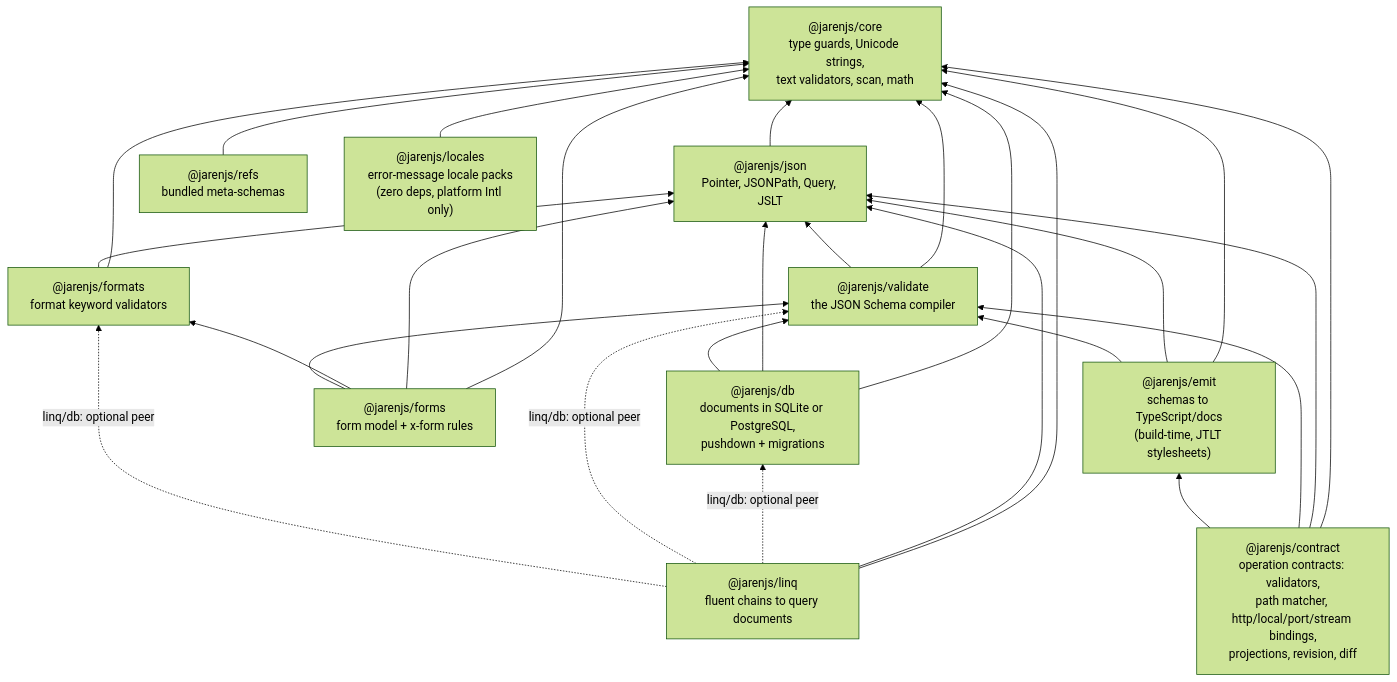
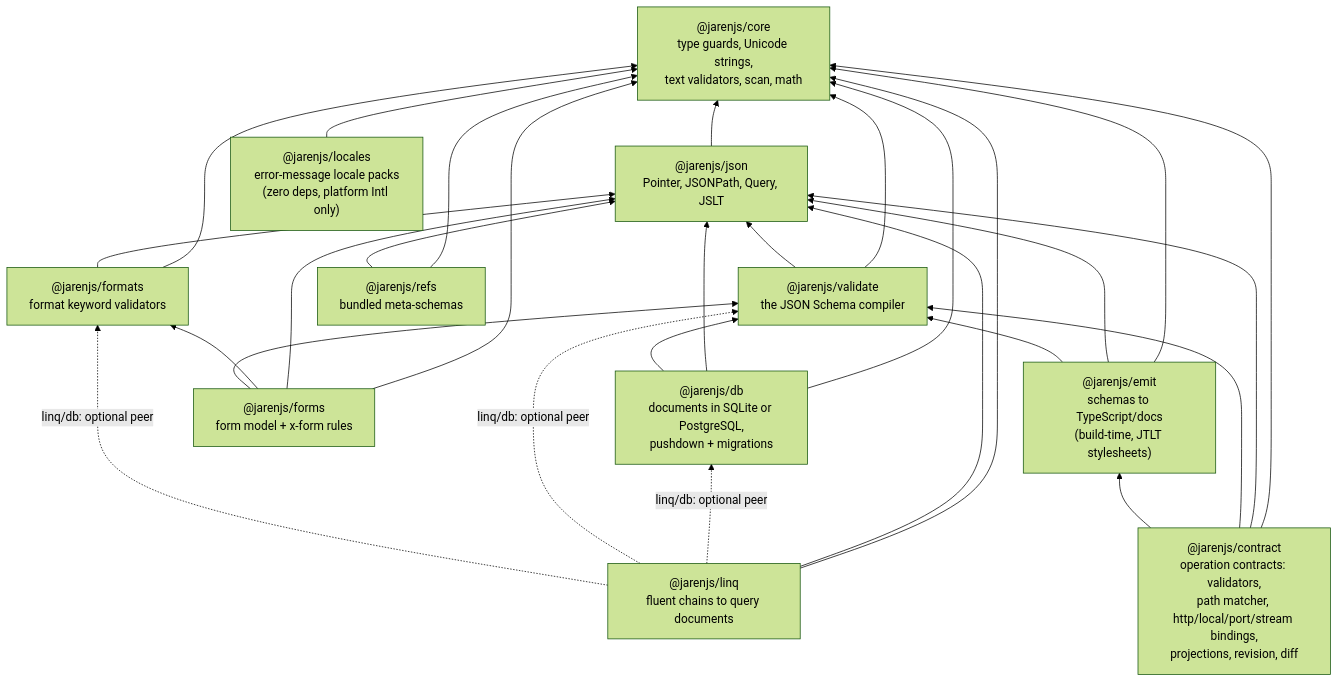
One commit to jklarenbeek/jarenjs changed the first of 2 diagrams in docs/ARCHITECTURE.md. Above: the diagram before and after it, drawn with Mermaid (forest theme). The commit also changed other lines of this file and 11 other files, not shown here.

Commit message:
Published a Jaren 2020-12 dialect whose query vocabulary validates a schema's $query against the canonical query schema, so a model-authored schema is checked before it compiles

````diff
--- a/docs/ARCHITECTURE.md
+++ b/docs/ARCHITECTURE.md
@@ -40,41 +40,42 @@
 ```mermaid
 flowchart BT
     CORE["@jarenjs/core<br/>type guards, Unicode strings,<br/>text validators, scan, math"]
     JSON["@jarenjs/json<br/>Pointer, JSONPath, Query, JSLT"]
     VALIDATE["@jarenjs/validate<br/>the JSON Schema compiler"]
     FORMATS["@jarenjs/formats<br/>format keyword validators"]
     REFS["@jarenjs/refs<br/>bundled meta-schemas"]
     EMIT["@jarenjs/emit<br/>schemas to TypeScript/docs<br/>(build-time, JTLT stylesheets)"]
     CONTRACT["@jarenjs/contract<br/>operation contracts: validators,<br/>path matcher, http/local/port/stream bindings,<br/>projections, revision, diff"]
     FORMS["@jarenjs/forms<br/>form model + x-form rules"]
     LOCALES["@jarenjs/locales<br/>error-message locale packs<br/>(zero deps, platform Intl only)"]
     LINQ["@jarenjs/linq<br/>fluent chains to query documents"]
     DB["@jarenjs/db<br/>documents in SQLite or PostgreSQL,<br/>pushdown + migrations"]
 
     JSON --> CORE
     VALIDATE --> CORE
     VALIDATE --> JSON
     FORMATS --> CORE
     FORMATS --> JSON
     EMIT --> CORE
     EMIT --> JSON
     EMIT --> VALIDATE
     CONTRACT --> CORE
     CONTRACT --> JSON
     CONTRACT --> VALIDATE
     CONTRACT --> EMIT
     FORMS --> CORE
     FORMS --> JSON
     FORMS --> FORMATS
     FORMS --> VALIDATE
     LOCALES --> CORE
     REFS --> CORE
+    REFS --> JSON
     LINQ --> CORE
     LINQ --> JSON
     DB --> CORE
     DB --> JSON
     DB --> VALIDATE
     LINQ -. "linq/db: optional peer" .-> DB
     LINQ -. "linq/db: optional peer" .-> VALIDATE
     LINQ -. "linq/db: optional peer" .-> FORMATS
 ```
````
